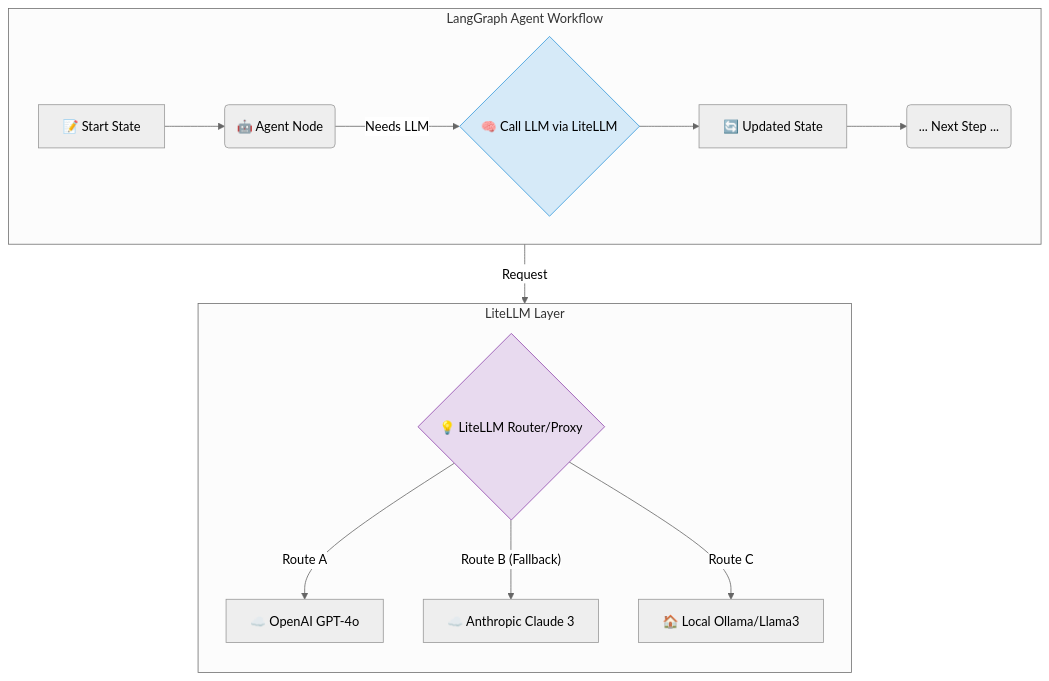
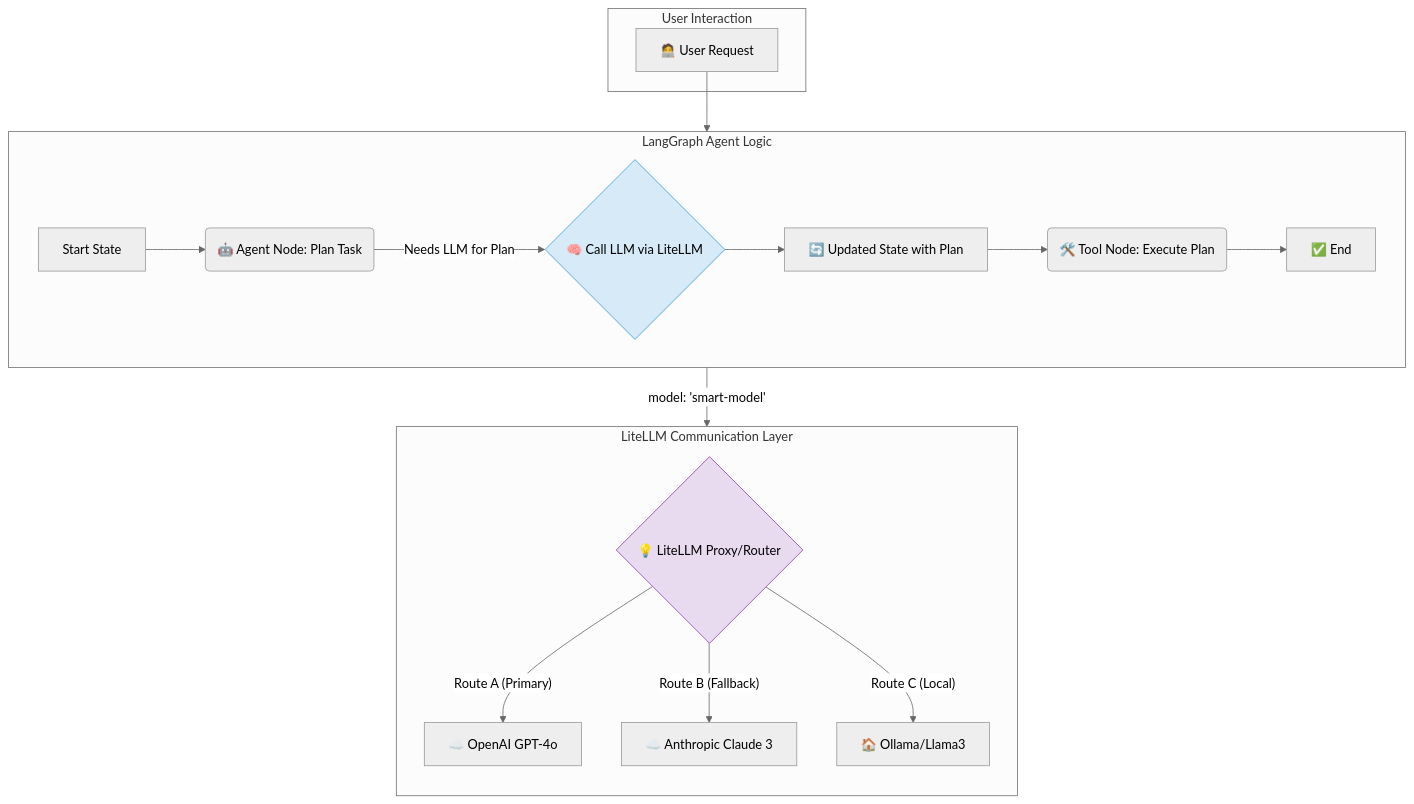
Before and after one commit to dpptinh/junior-genai-technical-assessment: the second of 2 diagrams in ListA/A01/report_A01.md, drawn with Mermaid (neutral theme). The commit also changed other lines of this file, not shown here.

Commit message:
docs(A01): Update report_A01.md, enhancing structure and content with comprehensive analysis, improved terminology, and detailed use cases for LiteLLM and LangGraph integration

````diff
--- a/ListA/A01/report_A01.md
+++ b/ListA/A01/report_A01.md
@@ -639,21 +489,27 @@
   ```mermaid
   graph TD
-      subgraph LangGraph Agent Workflow
+      subgraph User Interaction
+          U[🧑‍💻 User Request]
+      end
+
+      subgraph LangGraph Agent Logic
           direction LR
-          A[📝 Start State] --> B(🤖 Agent Node);
-          B -- Needs LLM --> C{🧠 Call LLM via LiteLLM};
-          C --> D[🔄 Updated State];
-          D --> E(... Next Step ...);
+          U --> A[Start State];
+          A --> B(🤖 Agent Node: Plan Task);
+          B -- Needs LLM for Plan --> C{🧠 Call LLM via LiteLLM};
+          C --> D[🔄 Updated State with Plan];
+          D --> E(🛠️ Tool Node: Execute Plan);
+          E --> F[✅ End];
       end
       
-      subgraph LiteLLM Layer
+      subgraph LiteLLM Communication Layer
           direction TB
-          C -- Request --> LiteLLM_Router{💡 LiteLLM Router/Proxy};
-          LiteLLM_Router -- Route A --> Provider1[☁️ OpenAI GPT-4o];
-          LiteLLM_Router -- Route B (Fallback) --> Provider2[☁️ Anthropic Claude 3];
-          LiteLLM_Router -- Route C --> Provider3[🏠 Local Ollama/Llama3];
+          C -- "model: 'smart-model'" --> LiteLLM_Proxy{💡 LiteLLM Proxy/Router};
+          LiteLLM_Proxy -- Route A (Primary) --> Provider1[☁️ OpenAI GPT-4o];
+          LiteLLM_Proxy -- Route B (Fallback) --> Provider2[☁️ Anthropic Claude 3];
+          LiteLLM_Proxy -- Route C (Local) --> Provider3[🏠 Ollama/Llama3];
       end
       
       style C fill:#D6EAF8,stroke:#3498DB
-      style LiteLLM_Router fill:#E8DAEF,stroke:#8E44AD
+      style LiteLLM_Proxy fill:#E8DAEF,stroke:#8E44AD
   ```
````
